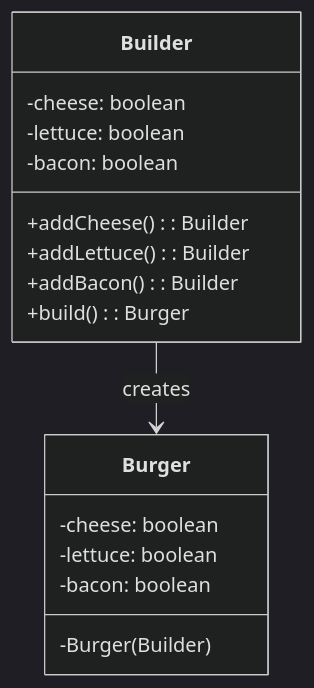
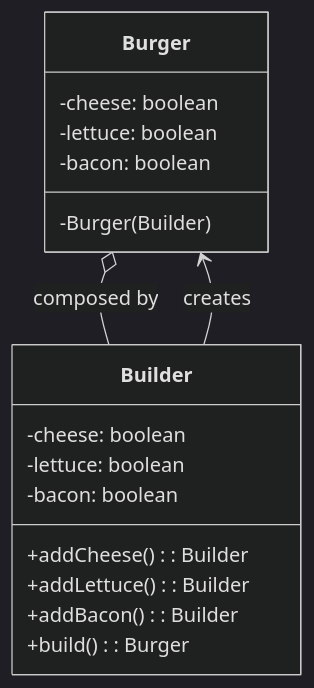
One commit to welldesignedsystem/welldesignedsystem.github.io changed the fourth of 23 diagrams in content/english/blog/system_design/core_design_patterns.md. Above: the diagram before and after it, drawn with Mermaid (dark theme). The commit also changed other lines of this file and 1 other file, not shown here.

````diff
--- a/content/english/blog/system_design/core_design_patterns.md
+++ b/content/english/blog/system_design/core_design_patterns.md
@@ -319,19 +326,20 @@
 ```mermaid
 classDiagram
     class Burger {
         -cheese: boolean
         -lettuce: boolean
         -bacon: boolean
         -Burger(Builder)
     }
     class Builder {
         -cheese: boolean
         -lettuce: boolean
         -bacon: boolean
         +addCheese(): Builder
         +addLettuce(): Builder
         +addBacon(): Builder
         +build(): Burger
     }
     Builder --> Burger : creates
+    Burger o-- Builder : composed by
 ```
````
